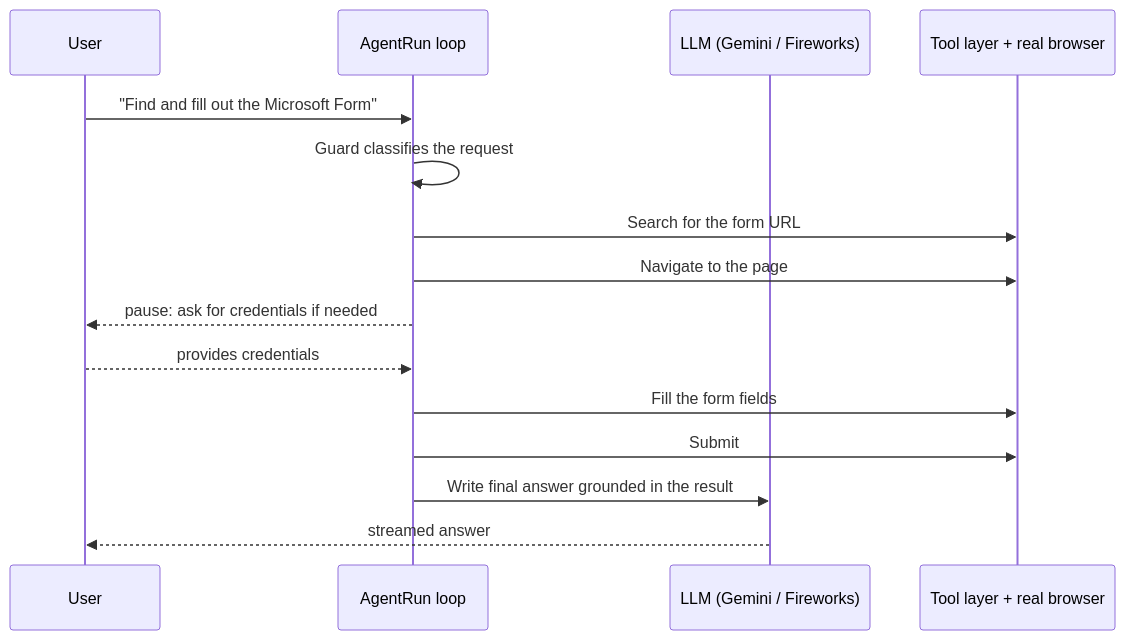
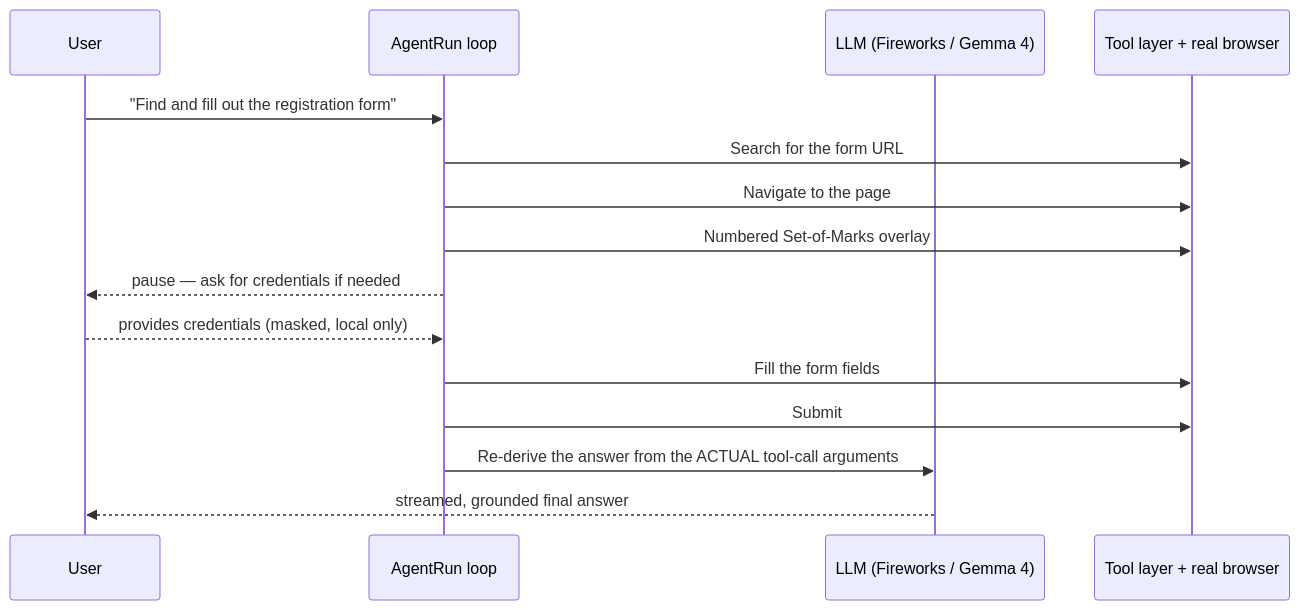
Before and after one commit to SalihAwesome/Clark-main: the second of 2 diagrams in README.md, drawn with Mermaid. The commit also changed other lines of this file and 8 other files, not shown here.

````diff
--- a/README.md
+++ b/README.md
@@ -119,18 +177,18 @@
 ```mermaid
 sequenceDiagram
   participant U as User
   participant A as AgentRun loop
-  participant L as LLM (Gemini / Fireworks)
+  participant L as LLM (Fireworks / Gemma 4)
   participant T as Tool layer + real browser
 
-  U->>A: "Find and fill out the Microsoft Form"
-  A->>A: Guard classifies the request
+  U->>A: "Find and fill out the registration form"
   A->>T: Search for the form URL
   A->>T: Navigate to the page
-  A-->>U: pause: ask for credentials if needed
-  U-->>A: provides credentials
+  A->>T: Numbered Set-of-Marks overlay
+  A-->>U: pause — ask for credentials if needed
+  U-->>A: provides credentials (masked, local only)
   A->>T: Fill the form fields
   A->>T: Submit
-  A->>L: Write final answer grounded in the result
-  L-->>U: streamed answer
+  A->>L: Re-derive the answer from the ACTUAL tool-call arguments
+  L-->>U: streamed, grounded final answer
 ```
````
